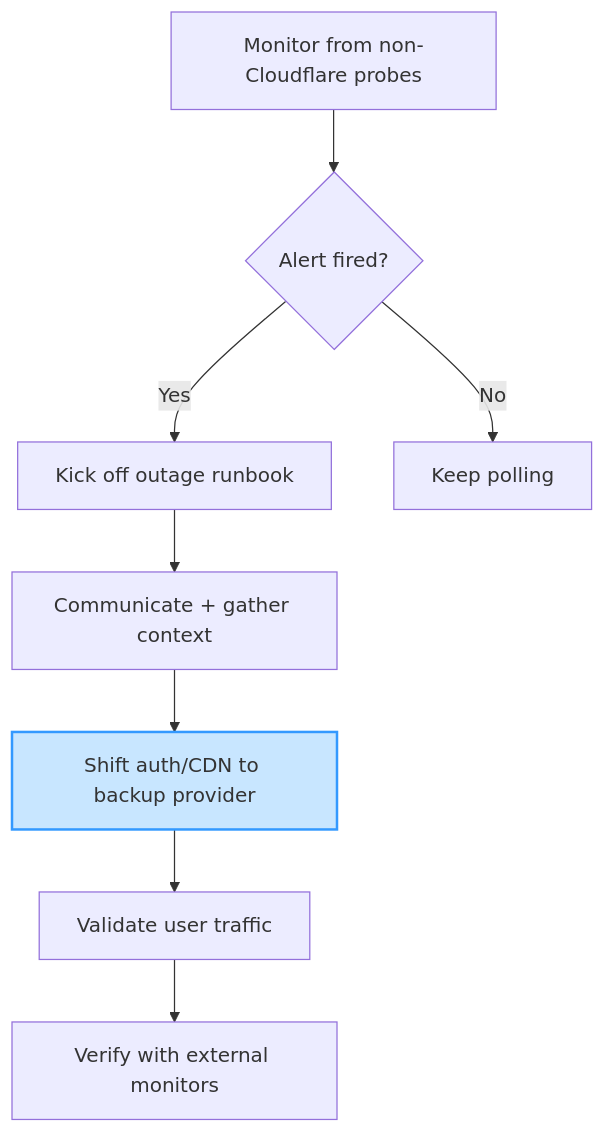
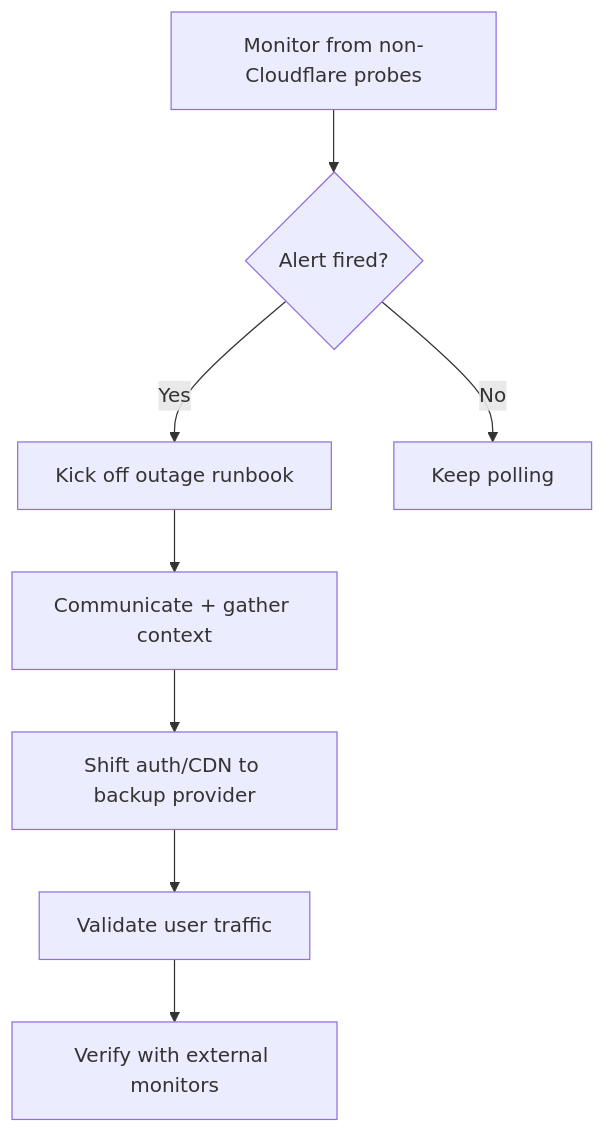
Before and after one commit to isaaclins/isaaclins.github.io: the third of 3 diagrams in content/blog/cloudflare-nov-18-2025-outage.md, drawn with Mermaid. The commit also changed other lines of this file and 2 other files, not shown here.

Commit message:
style: Center align Mermaid diagrams and remove unused styles in blog posts

````diff
--- a/content/blog/cloudflare-nov-18-2025-outage.md
+++ b/content/blog/cloudflare-nov-18-2025-outage.md
@@ -92,12 +92,11 @@
 ```mermaid
 flowchart TD
     A[Monitor from non-Cloudflare probes] --> B{Alert fired?}
     B -- Yes --> C[Kick off outage runbook]
     C --> D[Communicate + gather context]
     D --> E[Shift auth/CDN to backup provider]
     E --> F[Validate user traffic]
     F --> G[Verify with external monitors]
     B -- No --> H[Keep polling]
 
-    style E fill:#c8e6ff,stroke:#3399ff,stroke-width:2px
 ```
````
